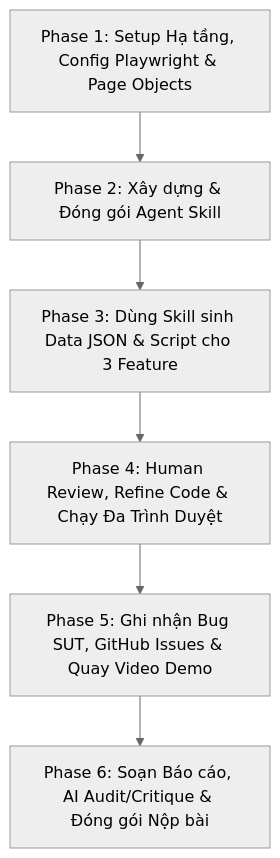
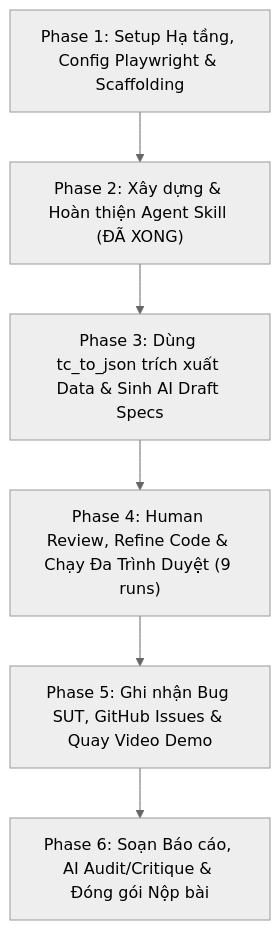
The diagram in deliverables/04-exercises/quoc-ky/hw_04/plan.md (faker26052005-lgtm/SUT-EShop), drawn with Mermaid (neutral theme) before and after one commit. The commit also changed other lines of this file and 3 other files, not shown here.

````diff
--- a/deliverables/04-exercises/quoc-ky/hw_04/plan.md
+++ b/deliverables/04-exercises/quoc-ky/hw_04/plan.md
@@ -14,8 +14,8 @@
 ```mermaid
 flowchart TD
-    P1["Phase 1: Setup Hạ tầng, Config Playwright & Page Objects"] --> P2["Phase 2: Xây dựng & Đóng gói Agent Skill"]
-    P2 --> P3["Phase 3: Dùng Skill sinh Data JSON & Script cho 3 Feature"]
-    P3 --> P4["Phase 4: Human Review, Refine Code & Chạy Đa Trình Duyệt"]
+    P1["Phase 1: Setup Hạ tầng, Config Playwright & Scaffolding"] --> P2["Phase 2: Xây dựng & Hoàn thiện Agent Skill (ĐÃ XONG)"]
+    P2 --> P3["Phase 3: Dùng tc_to_json trích xuất Data & Sinh AI Draft Specs"]
+    P3 --> P4["Phase 4: Human Review, Refine Code & Chạy Đa Trình Duyệt (9 runs)"]
     P4 --> P5["Phase 5: Ghi nhận Bug SUT, GitHub Issues & Quay Video Demo"]
     P5 --> P6["Phase 6: Soạn Báo cáo, AI Audit/Critique & Đóng gói Nộp bài"]
 ```
````
